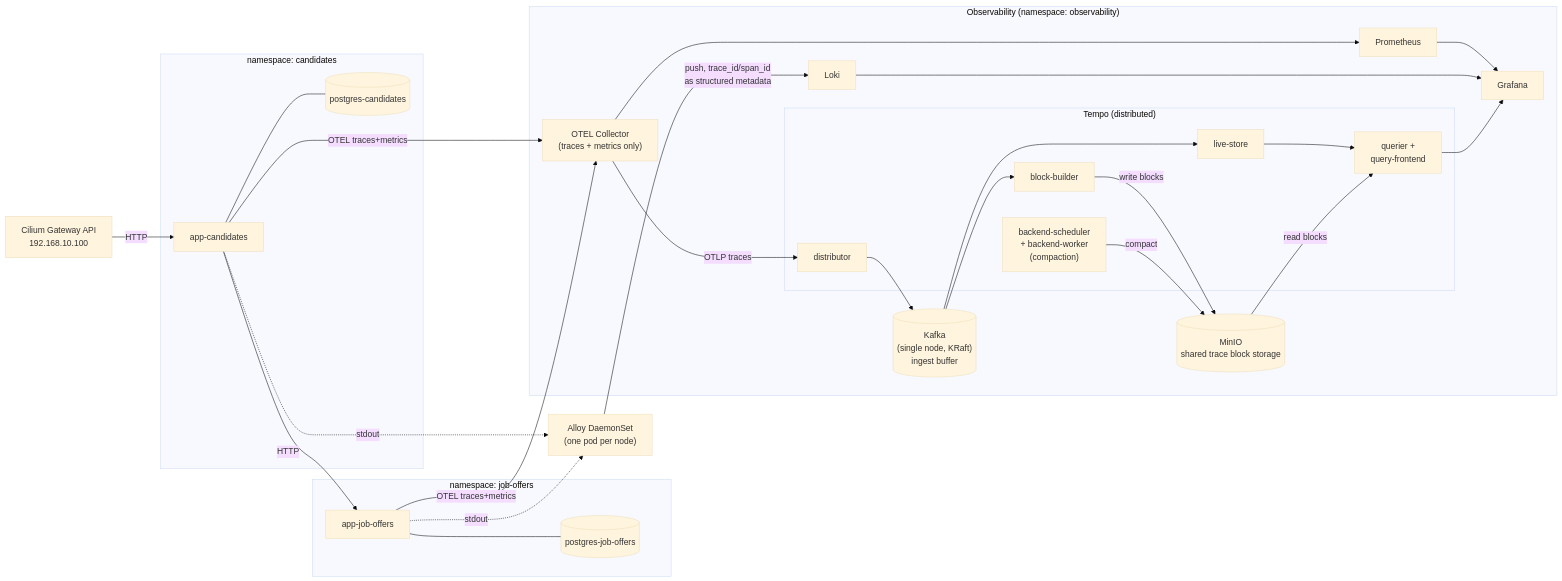
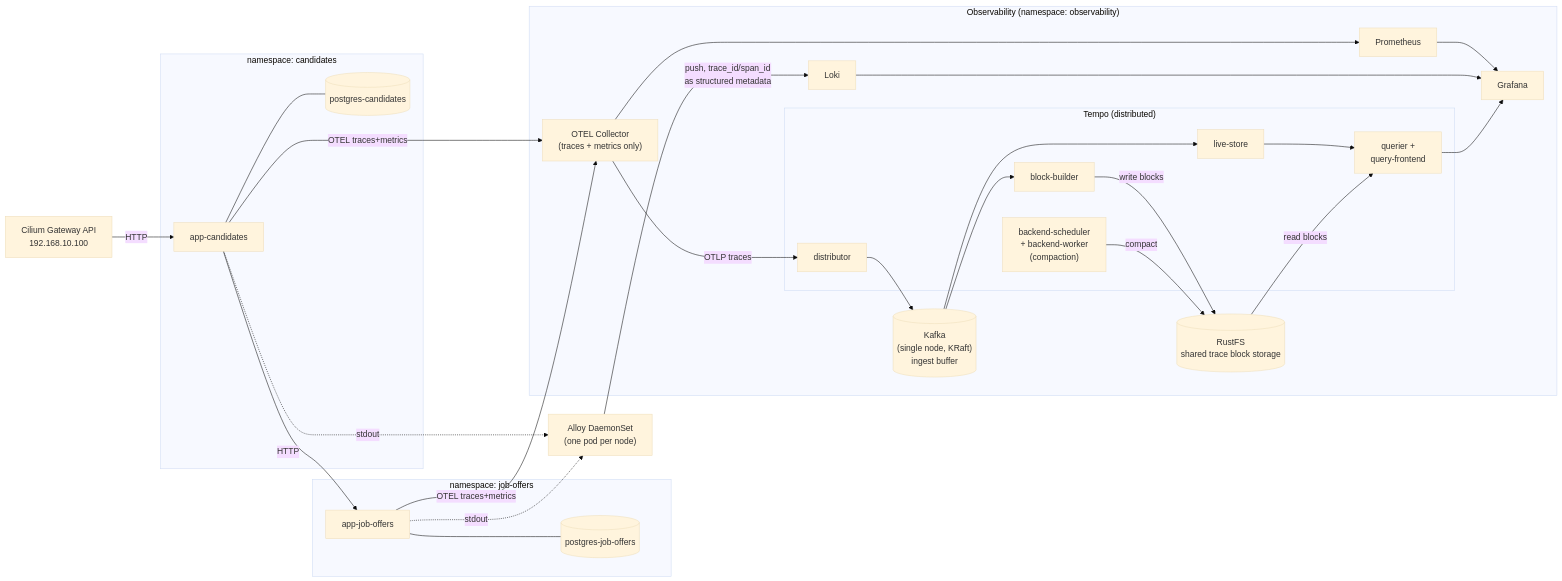
Before and after one commit to aarczynski/javamicroservicesdemo: the second of 2 diagrams in README.md, drawn with Mermaid (base theme). The commit also changed other lines of this file and 12 other files, not shown here.

First line of the commit message:
feat(k8s): replace MinIO with RustFS as Tempo's object storage

````diff
--- a/README.md
+++ b/README.md
@@ -640,57 +640,57 @@
 ```mermaid
 flowchart LR
     gw["Cilium Gateway API\n192.168.10.100"]
 
     subgraph candidates_ns["namespace: candidates"]
         candidates["app-candidates"]
         candidatesdb[("postgres-candidates")]
     end
 
     subgraph joboffers_ns["namespace: job-offers"]
         joboffers["app-job-offers"]
         joboffersdb[("postgres-job-offers")]
     end
 
     alloy["Alloy DaemonSet\n(one pod per node)"]
 
     subgraph observability["Observability (namespace: observability)"]
         otel["OTEL Collector\n(traces + metrics only)"]
         prometheus["Prometheus"]
         loki["Loki"]
         kafka[("Kafka\n(single node, KRaft)\ningest buffer")]
-        minio[("MinIO\nshared trace block storage")]
+        rustfs[("RustFS\nshared trace block storage")]
         subgraph tempo_dist["Tempo (distributed)"]
             distributor["distributor"]
             livestore["live-store"]
             blockbuilder["block-builder"]
             backend["backend-scheduler\n+ backend-worker\n(compaction)"]
             querier["querier +\nquery-frontend"]
         end
         grafana["Grafana"]
     end
 
     gw -->|HTTP| candidates
     candidates -->|HTTP| joboffers
     candidates --- candidatesdb
     joboffers --- joboffersdb
 
     candidates -->|OTEL traces+metrics| otel
     joboffers -->|OTEL traces+metrics| otel
     otel --> prometheus
     otel -->|OTLP traces| distributor
     distributor --> kafka
     kafka --> livestore
     kafka --> blockbuilder
-    blockbuilder -->|write blocks| minio
-    backend -->|compact| minio
+    blockbuilder -->|write blocks| rustfs
+    backend -->|compact| rustfs
     livestore --> querier
-    minio -->|read blocks| querier
+    rustfs -->|read blocks| querier
 
     candidates -.->|stdout| alloy
     joboffers -.->|stdout| alloy
     alloy -->|push, trace_id/span_id\nas structured metadata| loki
 
     prometheus --> grafana
     loki --> grafana
     querier --> grafana
 ```
````
